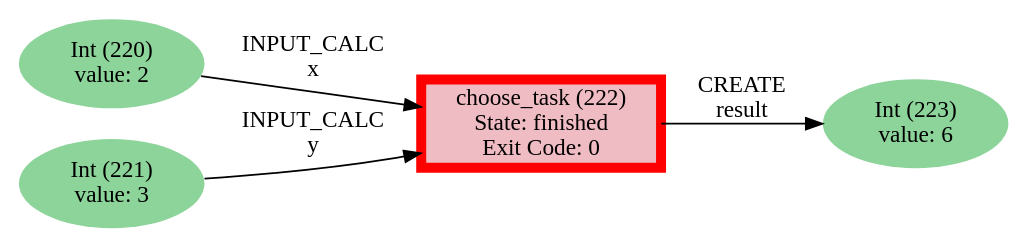
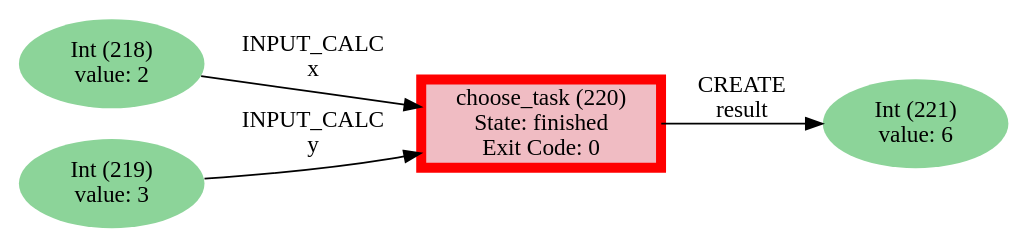
One commit to GeigerJ2/2026-11-19-v3-graph-language changed the diagram in scripts/generated/s30_input_2.dot. Above: the diagram before and after it, drawn with Graphviz. The commit also changed 92 other files, not shown here.

```diff
--- a/scripts/generated/s30_input_2.dot
+++ b/scripts/generated/s30_input_2.dot
@@ -1,18 +1,18 @@
 digraph {
 	graph [rankdir=LR]
-	N222 [label="choose_task (222)
+	N220 [label="choose_task (220)
 State: finished
 Exit Code: 0" color=red fillcolor="#de707f77" penwidth=6 shape=rectangle style=filled]
-	N220 [label="Int (220)
+	N218 [label="Int (218)
 value: 2" fillcolor="#8cd499ff" penwidth=0 shape=ellipse style=filled]
+	N219 [label="Int (219)
+value: 3" fillcolor="#8cd499ff" penwidth=0 shape=ellipse style=filled]
 	N221 [label="Int (221)
-value: 3" fillcolor="#8cd499ff" penwidth=0 shape=ellipse style=filled]
-	N223 [label="Int (223)
 value: 6" fillcolor="#8cd499ff" penwidth=0 shape=ellipse style=filled]
-	N220 -> N222 [label="INPUT_CALC
+	N220 -> N221 [label="CREATE
+result" color="#000000" style=solid]
+	N218 -> N220 [label="INPUT_CALC
 x" color="#000000" style=solid]
-	N222 -> N223 [label="CREATE
-result" color="#000000" style=solid]
-	N221 -> N222 [label="INPUT_CALC
+	N219 -> N220 [label="INPUT_CALC
 y" color="#000000" style=solid]
 }
```
